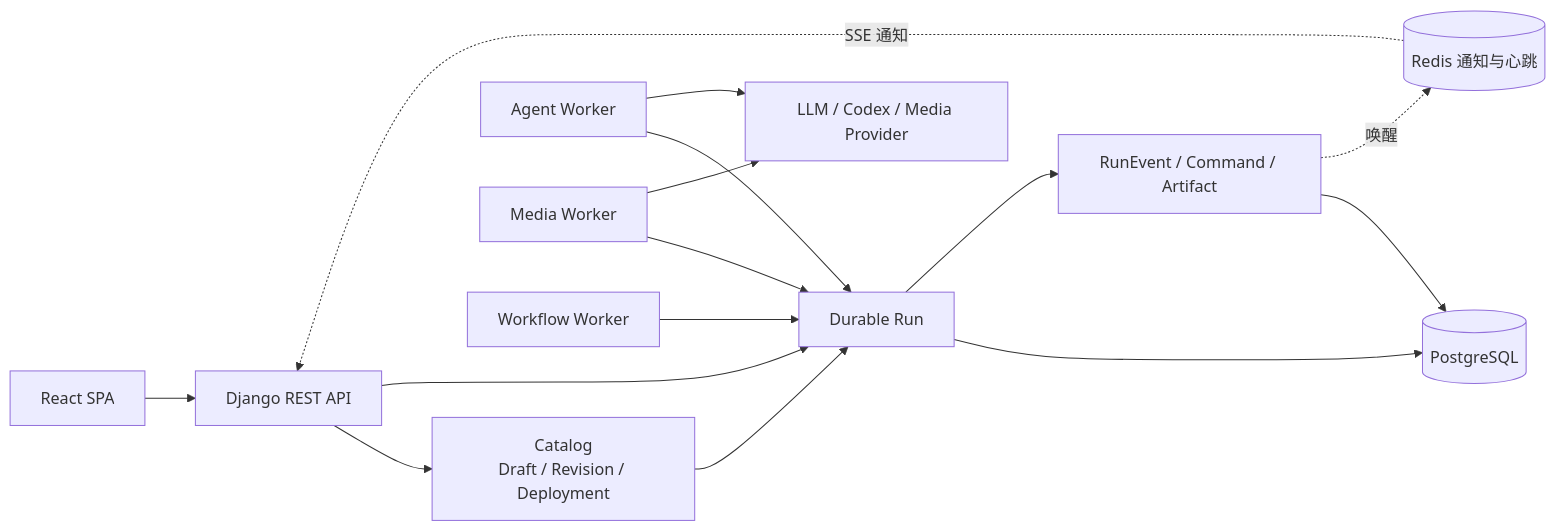
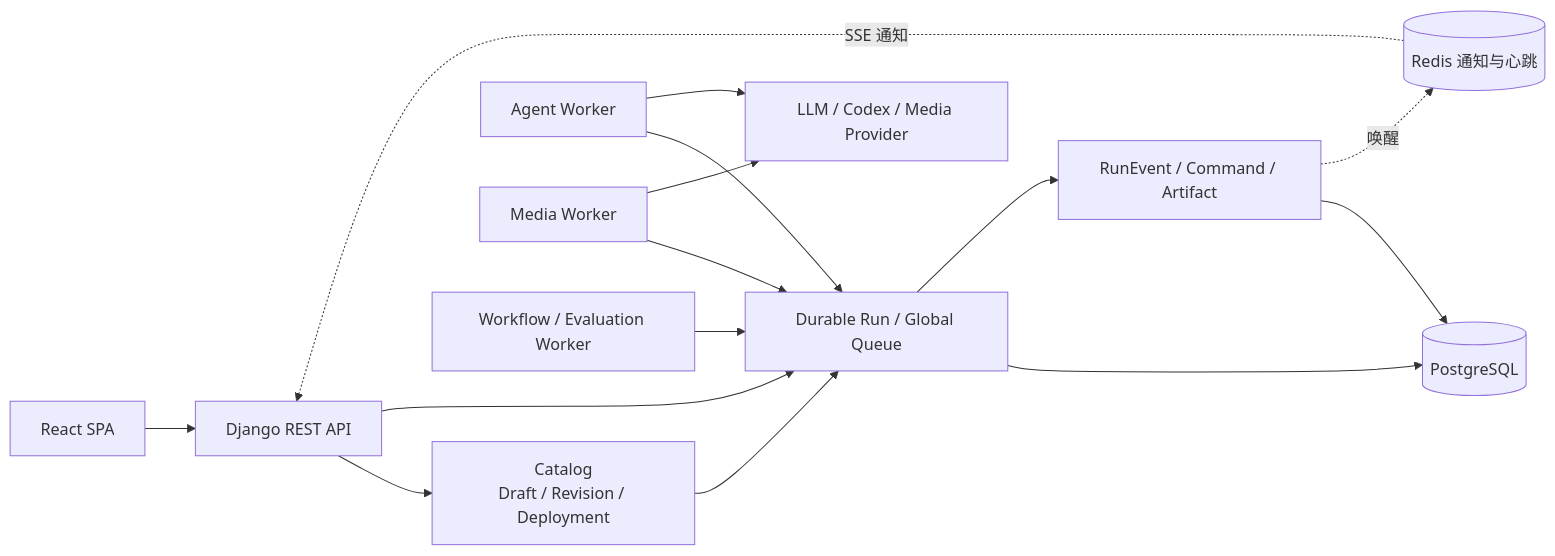
Before and after one commit to soundex-dele/creation_agent_studio: the diagram in ARCHITECTURE_ANALYSIS.md, drawn with Mermaid. The commit also changed other lines of this file and 70 other files, not shown here.

Commit message:
feat: evolve durable execution architecture

````diff
--- a/ARCHITECTURE_ANALYSIS.md
+++ b/ARCHITECTURE_ANALYSIS.md
@@ -14,29 +14,29 @@
 ```mermaid
 flowchart LR
     UI[React SPA]
     API[Django REST API]
     CAT[Catalog<br/>Draft / Revision / Deployment]
-    RUN[Durable Run]
+    RUN[Durable Run / Global Queue]
     EVT[RunEvent / Command / Artifact]
     WA[Agent Worker]
     WM[Media Worker]
-    WW[Workflow Worker]
+    WW[Workflow / Evaluation Worker]
     DB[(PostgreSQL)]
     REDIS[(Redis 通知与心跳)]
     EXT[LLM / Codex / Media Provider]
 
     UI --> API
     API --> CAT
     API --> RUN
     CAT --> RUN
     RUN --> DB
     WA --> RUN
     WM --> RUN
     WW --> RUN
     WA --> EXT
     WM --> EXT
     RUN --> EVT
     EVT --> DB
     EVT -.唤醒.-> REDIS
     REDIS -.SSE 通知.-> API
 ```
````
